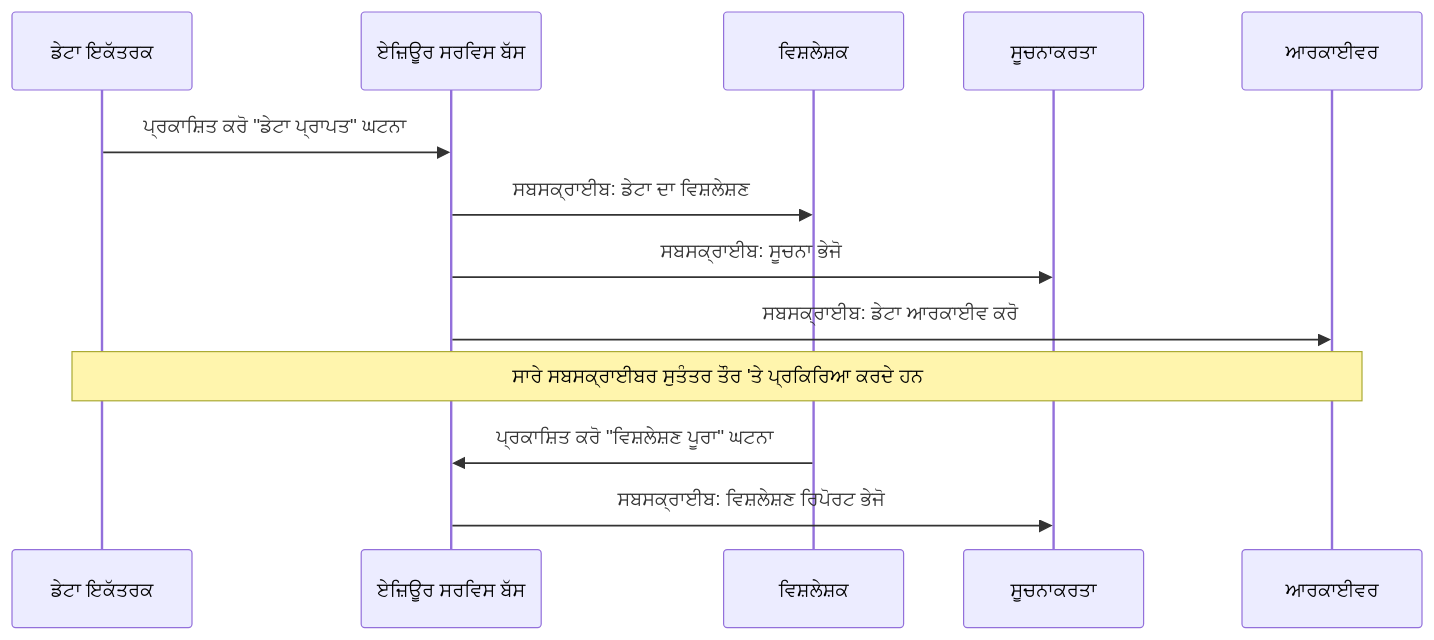
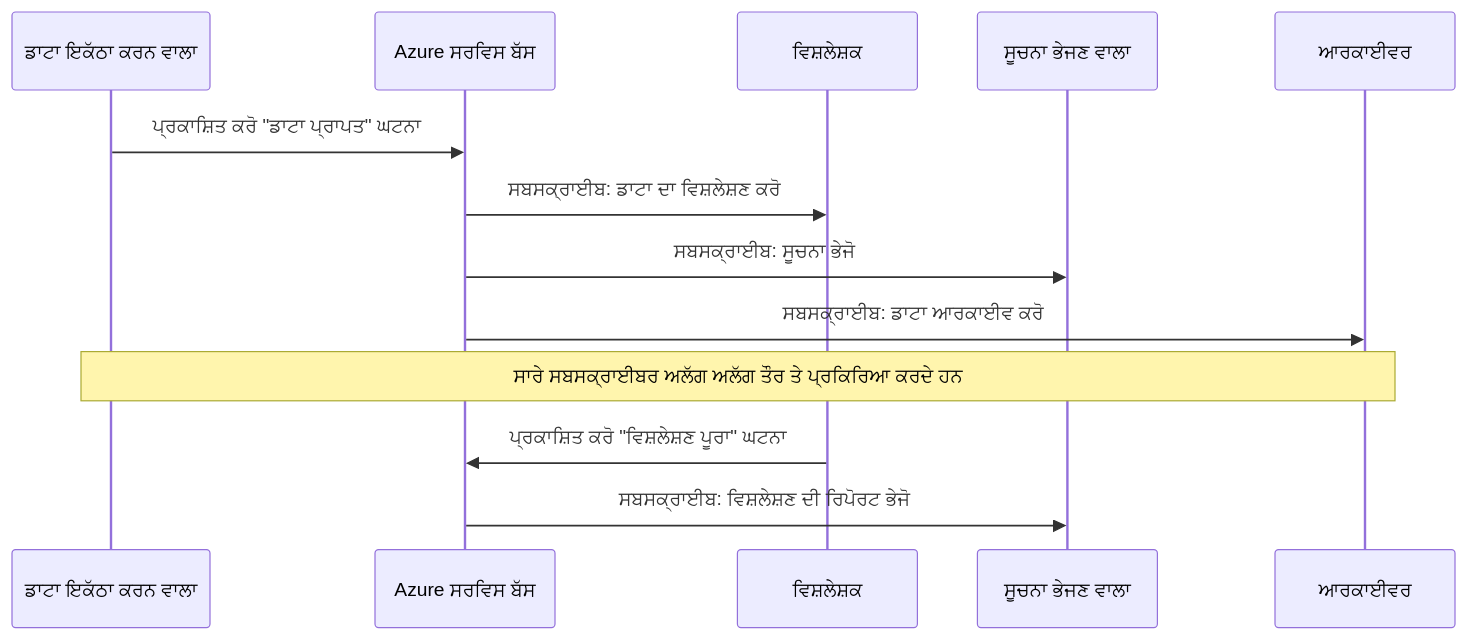
One commit to microsoft/AZD-for-beginners changed the fourth of 6 diagrams in translations/pa/docs/chapter-06-pre-deployment/coordination-patterns.md. Above: the diagram before and after it, drawn with Mermaid. The commit also changed other lines of this file and 101 other files, not shown here.

````diff
--- a/translations/pa/docs/chapter-06-pre-deployment/coordination-patterns.md
+++ b/translations/pa/docs/chapter-06-pre-deployment/coordination-patterns.md
@@ -191,18 +185,18 @@
 ```mermaid
 sequenceDiagram
-    participant Agent1 as ਡੇਟਾ ਇਕੱਤਰਕ
-    participant EventBus as ਏਜ਼ਿਊਰ ਸਰਵਿਸ ਬੱਸ
+    participant Agent1 as ਡਾਟਾ ਇਕੱਠਾ ਕਰਨ ਵਾਲਾ
+    participant EventBus as Azure ਸਰਵਿਸ ਬੱਸ
     participant Agent2 as ਵਿਸ਼ਲੇਸ਼ਕ
-    participant Agent3 as ਸੂਚਨਾਕਰਤਾ
+    participant Agent3 as ਸੂਚਨਾ ਭੇਜਣ ਵਾਲਾ
     participant Agent4 as ਆਰਕਾਈਵਰ
     
-    Agent1->>EventBus: ਪ੍ਰਕਾਸ਼ਿਤ ਕਰੋ "ਡੇਟਾ ਪ੍ਰਾਪਤ" ਘਟਨਾ
-    EventBus->>Agent2: ਸਬਸਕ੍ਰਾਈਬ: ਡੇਟਾ ਦਾ ਵਿਸ਼ਲੇਸ਼ਣ
+    Agent1->>EventBus: ਪ੍ਰਕਾਸ਼ਿਤ ਕਰੋ "ਡਾਟਾ ਪ੍ਰਾਪਤ" ਘਟਨਾ
+    EventBus->>Agent2: ਸਬਸਕ੍ਰਾਈਬ: ਡਾਟਾ ਦਾ ਵਿਸ਼ਲੇਸ਼ਣ ਕਰੋ
     EventBus->>Agent3: ਸਬਸਕ੍ਰਾਈਬ: ਸੂਚਨਾ ਭੇਜੋ
-    EventBus->>Agent4: ਸਬਸਕ੍ਰਾਈਬ: ਡੇਟਾ ਆਰਕਾਈਵ ਕਰੋ
+    EventBus->>Agent4: ਸਬਸਕ੍ਰਾਈਬ: ਡਾਟਾ ਆਰਕਾਈਵ ਕਰੋ
     
-    Note over Agent1,Agent4: ਸਾਰੇ ਸਬਸਕ੍ਰਾਈਬਰ ਸੁਤੰਤਰ ਤੌਰ 'ਤੇ ਪ੍ਰਕਿਰਿਆ ਕਰਦੇ ਹਨ
+    Note over Agent1,Agent4: ਸਾਰੇ ਸਬਸਕ੍ਰਾਈਬਰ ਅਲੱਗ ਅਲੱਗ ਤੌਰ ਤੇ ਪ੍ਰਕਿਰਿਆ ਕਰਦੇ ਹਨ
     
     Agent2->>EventBus: ਪ੍ਰਕਾਸ਼ਿਤ ਕਰੋ "ਵਿਸ਼ਲੇਸ਼ਣ ਪੂਰਾ" ਘਟਨਾ
-    EventBus->>Agent3: ਸਬਸਕ੍ਰਾਈਬ: ਵਿਸ਼ਲੇਸ਼ਣ ਰਿਪੋਰਟ ਭੇਜੋ
+    EventBus->>Agent3: ਸਬਸਕ੍ਰਾਈਬ: ਵਿਸ਼ਲੇਸ਼ਣ ਦੀ ਰਿਪੋਰਟ ਭੇਜੋ
 ```
````
